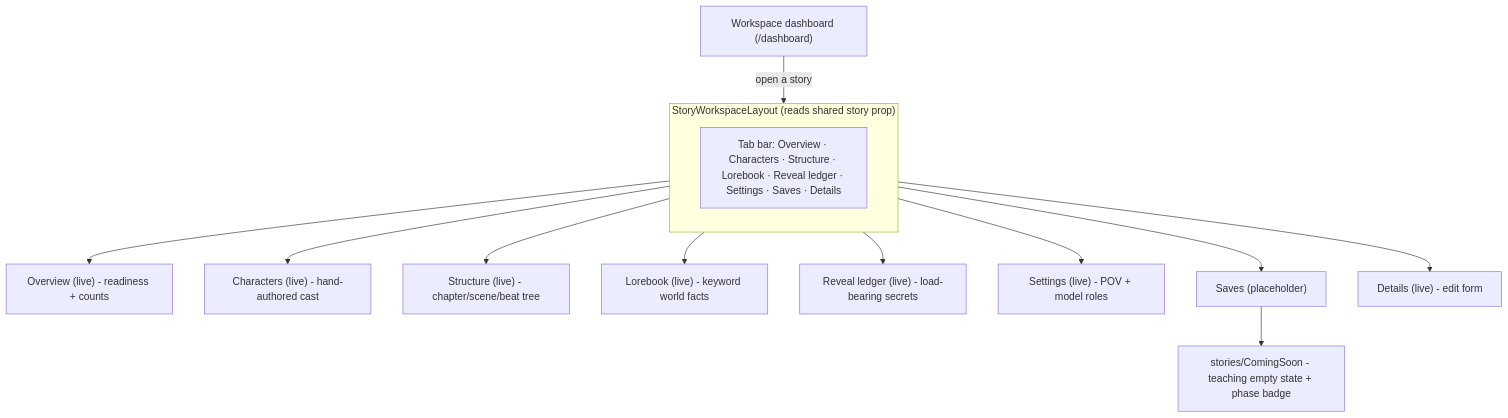
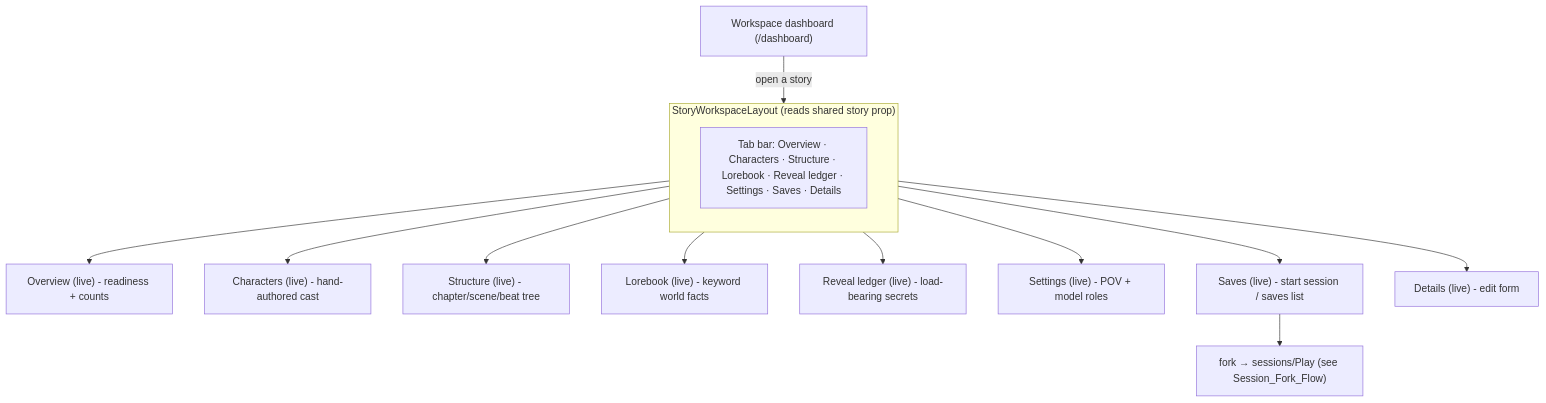
Before and after one commit to ZulfikarHD/text-advanture-app: the first of 2 diagrams in docs/architecture/Diagrams/Authoring/Story_Workspace_Shell.md, drawn with Mermaid. The commit also changed other lines of this file and 25 other files, not shown here.

````diff
--- a/docs/architecture/Diagrams/Authoring/Story_Workspace_Shell.md
+++ b/docs/architecture/Diagrams/Authoring/Story_Workspace_Shell.md
@@ -17,20 +18,20 @@
 ```mermaid
 flowchart TD
     Dashboard["Workspace dashboard (/dashboard)"] -->|"open a story"| Shell
 
     subgraph Shell ["StoryWorkspaceLayout (reads shared story prop)"]
         direction TB
         Tabs["Tab bar: Overview · Characters · Structure · Lorebook · Reveal ledger · Settings · Saves · Details"]
     end
 
     Tabs --> Overview["Overview (live) - readiness + counts"]
     Tabs --> Characters["Characters (live) - hand-authored cast"]
     Tabs --> Structure["Structure (live) - chapter/scene/beat tree"]
     Tabs --> Lorebook["Lorebook (live) - keyword world facts"]
     Tabs --> RevealLedger["Reveal ledger (live) - load-bearing secrets"]
     Tabs --> Settings["Settings (live) - POV + model roles"]
-    Tabs --> Saves["Saves (placeholder)"]
+    Tabs --> Saves["Saves (live) - start session / saves list"]
     Tabs --> Details["Details (live) - edit form"]
 
-    Saves --> CS["stories/ComingSoon - teaching empty state + phase badge"]
+    Saves --> Fork["fork → sessions/Play (see Session_Fork_Flow)"]
 ```
````
